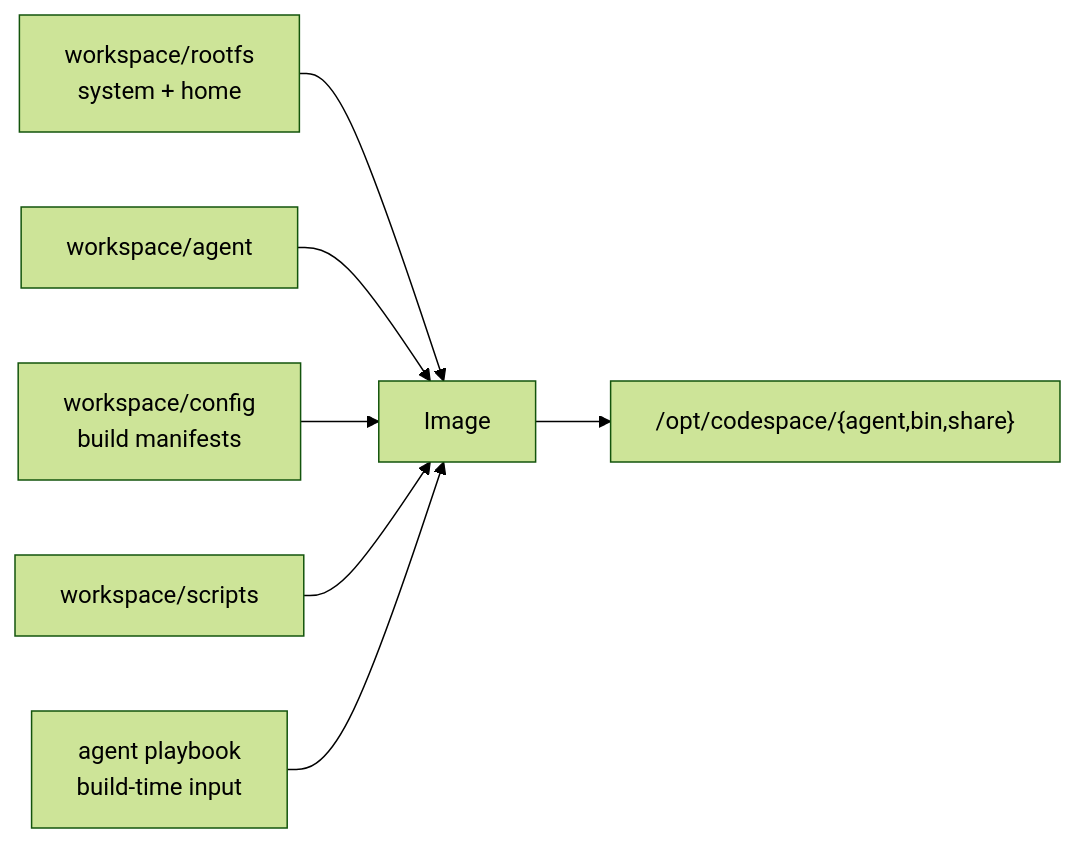
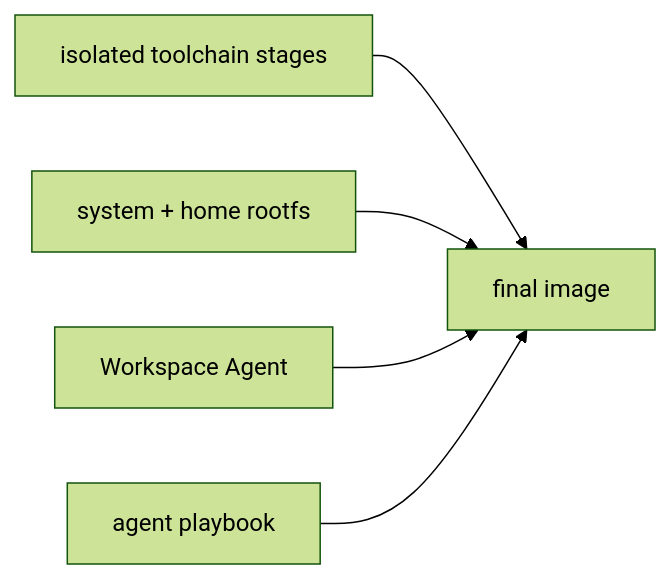
One commit to curoky/codespace changed the first of 3 diagrams in platform/container/workspace/DESIGN.md. Above: the diagram before and after it, drawn with Mermaid (forest theme). The commit also changed other lines of this file and 16 other files, not shown here.

````diff
--- a/platform/container/workspace/DESIGN.md
+++ b/platform/container/workspace/DESIGN.md
@@ -7,9 +11,7 @@
 ```mermaid
 flowchart LR
-    Rootfs["workspace/rootfs<br/>system + home"] --> Image
-    Agent["workspace/agent"] --> Image
-    Config["workspace/config<br/>build manifests"] --> Image
-    Scripts["workspace/scripts"] --> Image
-    Playbook["agent playbook<br/>build-time input"] --> Image
-    Image --> Runtime["/opt/codespace/{agent,bin,share}"]
+    Toolchains["isolated toolchain stages"] --> Final["final image"]
+    Rootfs["system + home rootfs"] --> Final
+    Agent["Workspace Agent"] --> Final
+    Playbook["agent playbook"] --> Final
 ```
````
